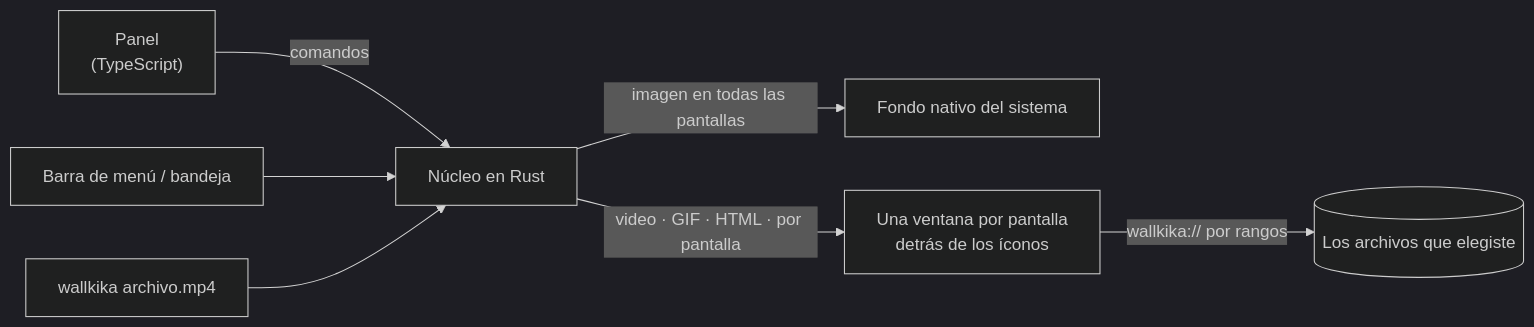
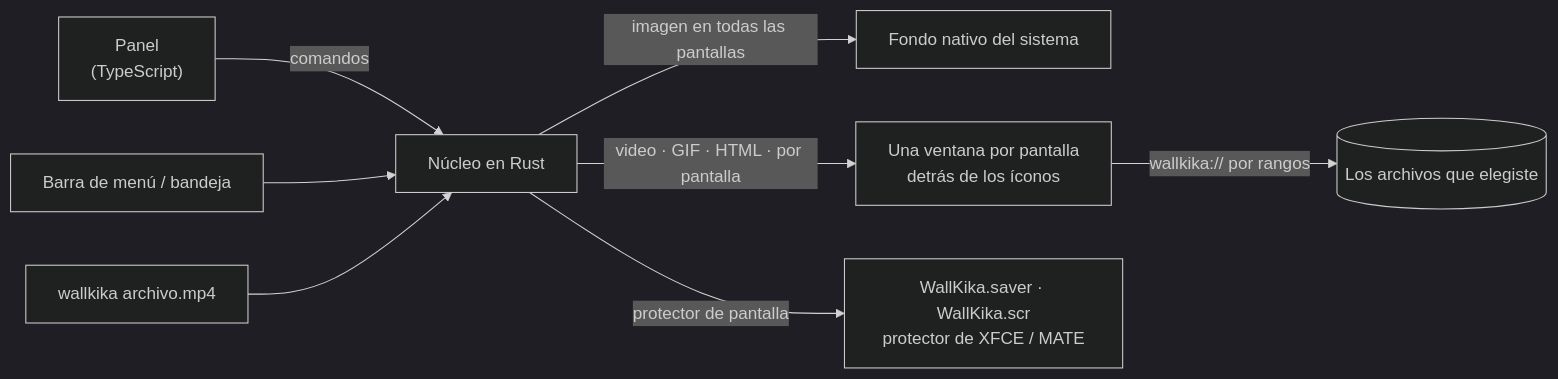
One commit to cristiandjr/wallkika changed the diagram in README.es.md. Above: the diagram before and after it, drawn with Mermaid (dark theme). The commit also changed other lines of this file and 34 other files, not shown here.

````diff
--- a/README.es.md
+++ b/README.es.md
@@ -92,9 +100,10 @@
 ```mermaid
 flowchart LR
     Panel["Panel<br/>(TypeScript)"] -->|comandos| Engine
     Tray["Barra de menú / bandeja"] --> Engine
     CLI["wallkika archivo.mp4"] --> Engine
     Engine["Núcleo en Rust"] -->|"imagen en todas las pantallas"| Native["Fondo nativo del sistema"]
     Engine -->|"video · GIF · HTML · por pantalla"| Live["Una ventana por pantalla<br/>detrás de los íconos"]
+    Engine -->|"protector de pantalla"| Saver["WallKika.saver · WallKika.scr<br/>protector de XFCE / MATE"]
     Live -->|"wallkika:// por rangos"| Files[("Los archivos que elegiste")]
 ```
````
